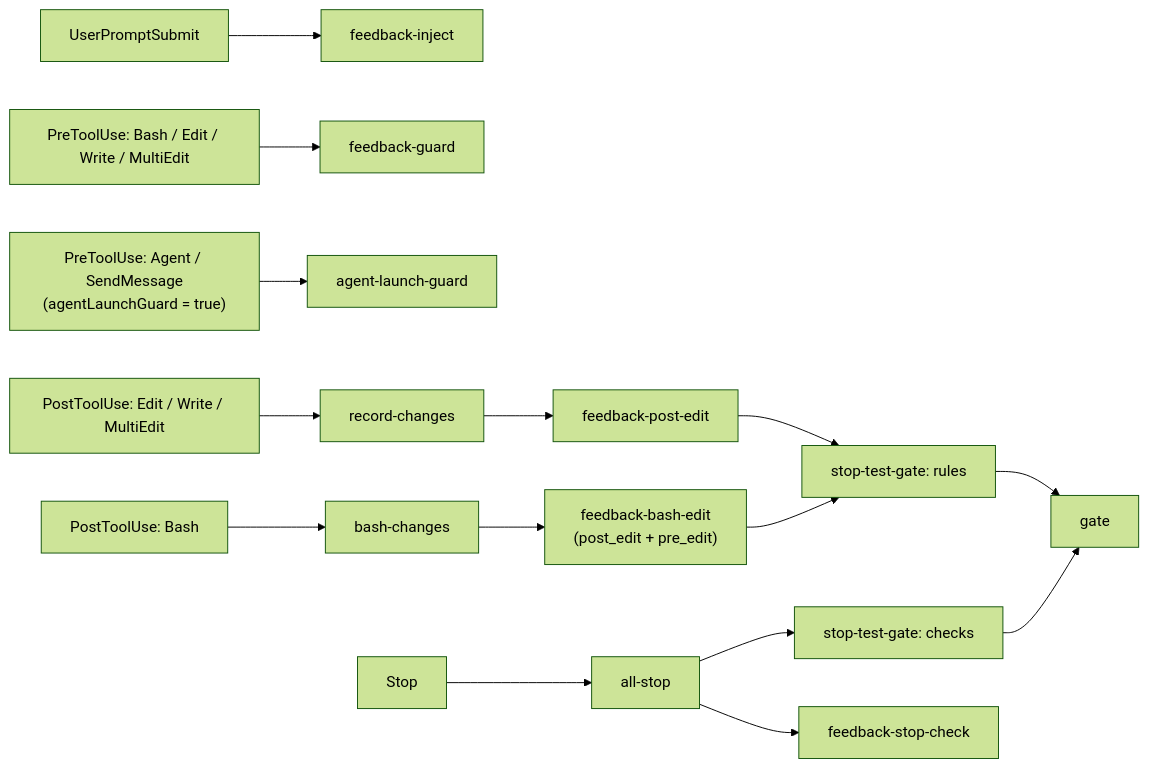
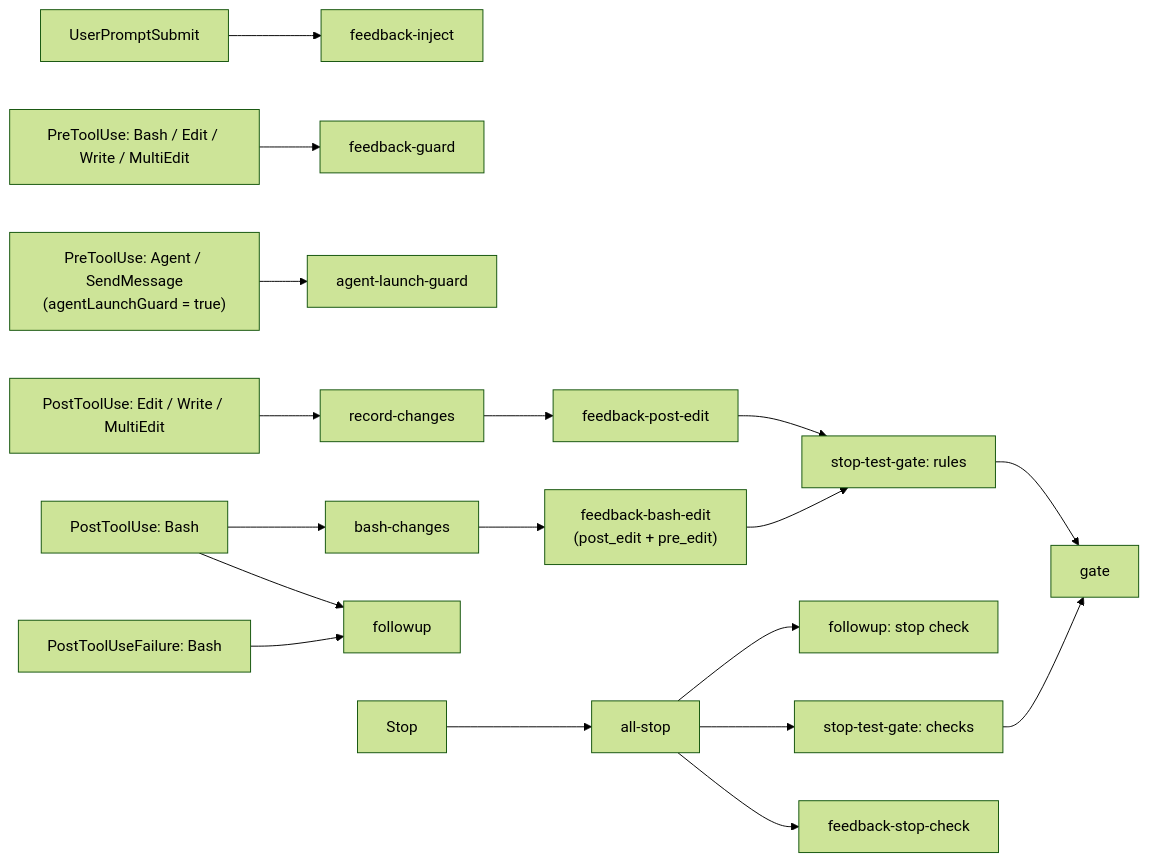
Before and after one commit to nonchan7720/claude-hook-gate: the diagram in README.md, drawn with Mermaid (forest theme). The commit also changed other lines of this file and 14 other files, not shown here.

````diff
--- a/README.md
+++ b/README.md
@@ -76,17 +108,20 @@
 ```mermaid
 flowchart LR
   P[UserPromptSubmit] --> I[feedback-inject]
   T[PreToolUse: Bash / Edit / Write / MultiEdit] --> G[feedback-guard]
   T2["PreToolUse: Agent / SendMessage<br/>(agentLaunchGuard = true)"] --> AL[agent-launch-guard]
   E[PostToolUse: Edit / Write / MultiEdit] --> R[record-changes]
   R --> PE[feedback-post-edit]
   PE --> S[stop-test-gate: rules]
   EB[PostToolUse: Bash] --> BC[bash-changes]
   BC --> BE["feedback-bash-edit<br/>(post_edit + pre_edit)"]
   BE --> S
   S --> SG[gate]
+  EB --> FU[followup]
+  EF[PostToolUseFailure: Bash] --> FU
   X[Stop] --> A[all-stop]
+  A --> FU2[followup: stop check]
   A --> C[stop-test-gate: checks]
   A --> F[feedback-stop-check]
   C --> SG
 ```
````
